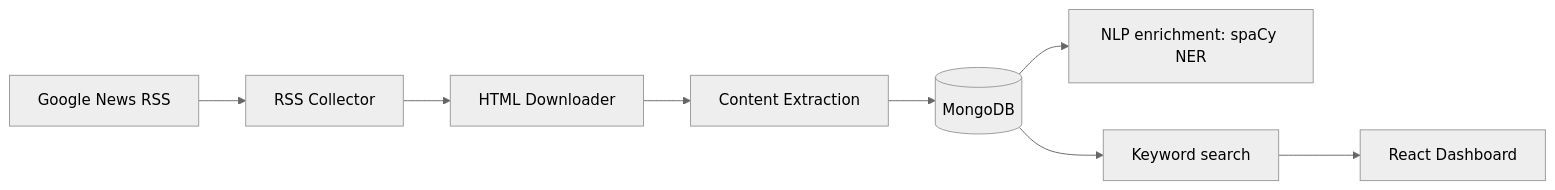
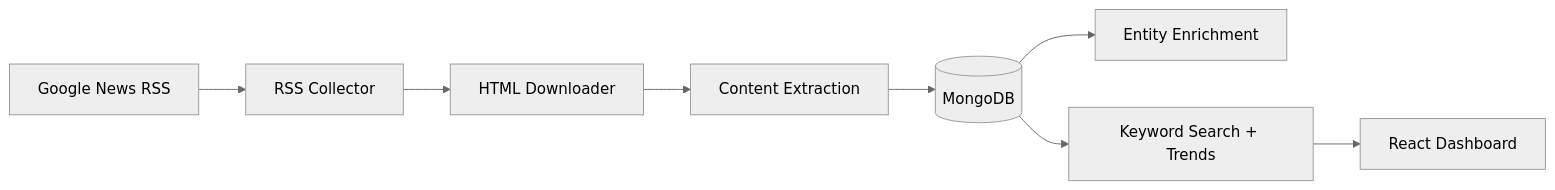
Before and after one commit to alexandre-do/alex-blog: the diagram in project/posts/google-news-rss-radar.qmd, drawn with Mermaid (neutral theme). The commit also changed other lines of this file and 4 other files, not shown here.

````diff
--- a/project/posts/google-news-rss-radar.qmd
+++ b/project/posts/google-news-rss-radar.qmd
@@ -18,10 +18,10 @@
 ```mermaid
 flowchart LR
     RSS[Google News RSS] --> Collector[RSS Collector]
     Collector --> Downloader[HTML Downloader]
     Downloader --> Extraction[Content Extraction]
     Extraction --> Mongo[(MongoDB)]
-    Mongo --> Enrich[NLP enrichment: spaCy NER]
-    Mongo --> Search[Keyword search]
+    Mongo --> Enrich[Entity Enrichment]
+    Mongo --> Search[Keyword Search + Trends]
     Search --> Dashboard[React Dashboard]
 ```
````
